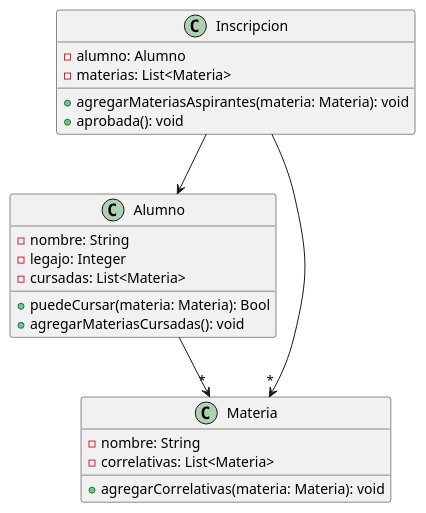
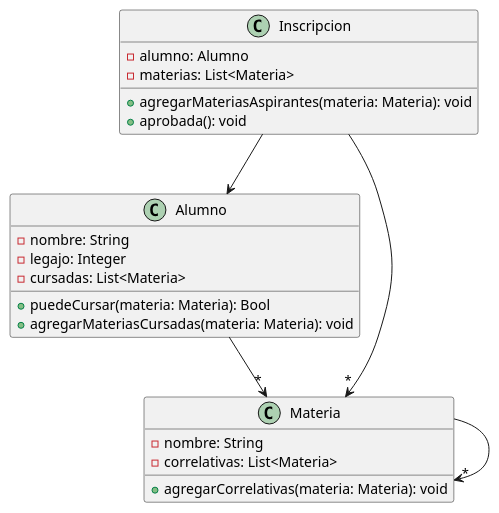
The diagram in validadorCorrelativas/src/main/java/org/example/diagramaDeClases.puml (Fernando17A/tp-validador), drawn with PlantUML before and after one commit.

Commit message:
corrección sobre el diagrama

```diff
--- a/validadorCorrelativas/src/main/java/org/example/diagramaDeClases.puml
+++ b/validadorCorrelativas/src/main/java/org/example/diagramaDeClases.puml
@@ -1,31 +1,32 @@
 @startuml
 
 Alumno -->"*" Materia
 Inscripcion -->"*" Materia
 Inscripcion --> Alumno
+Materia -->"*" Materia
 
 class Alumno{
     - nombre: String
     - legajo: Integer
     - cursadas: List<Materia>
 
     + puedeCursar(materia: Materia): Bool
-    + agregarMateriasCursadas(): void
+    + agregarMateriasCursadas(materia: Materia): void
 }
 
 class Materia{
     - nombre: String
     - correlativas: List<Materia>
 
     + agregarCorrelativas(materia: Materia): void
 }
 
 class Inscripcion{
     - alumno: Alumno
     - materias: List<Materia>
 
     + agregarMateriasAspirantes(materia: Materia): void
     + aprobada(): void
 }
 
 @enduml
```
